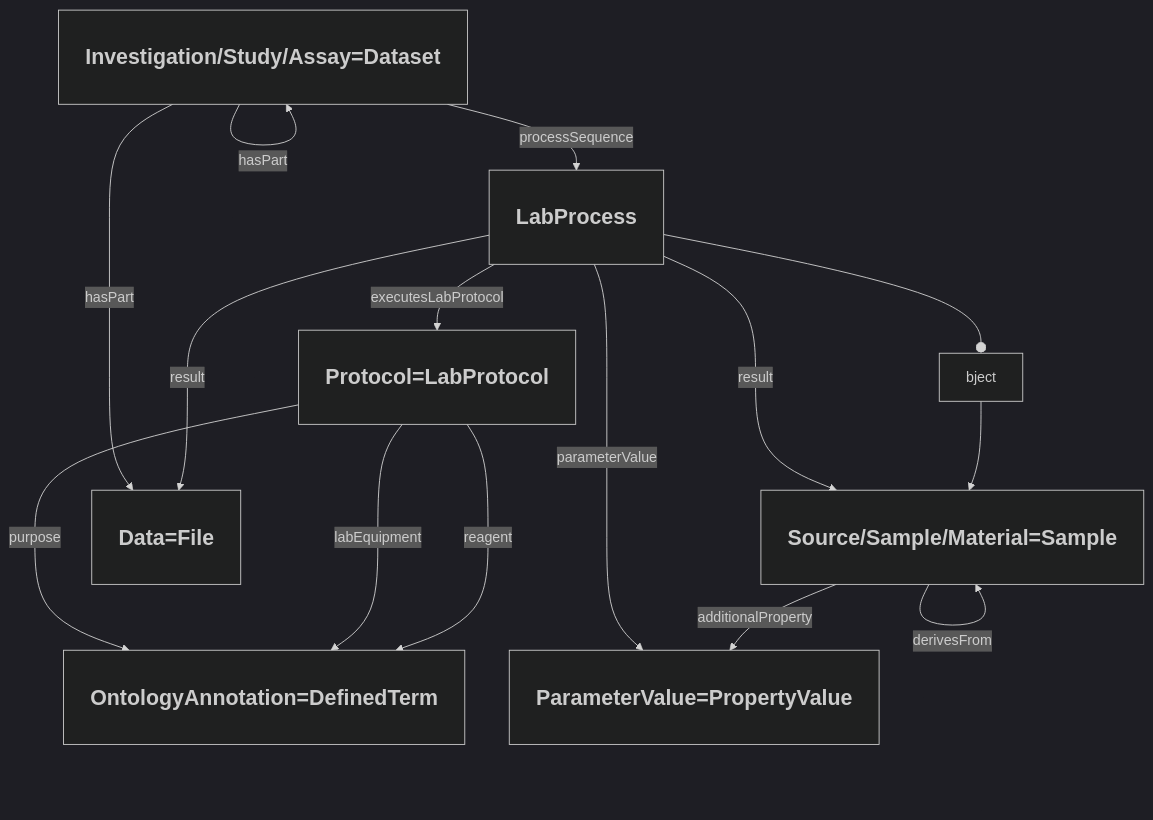
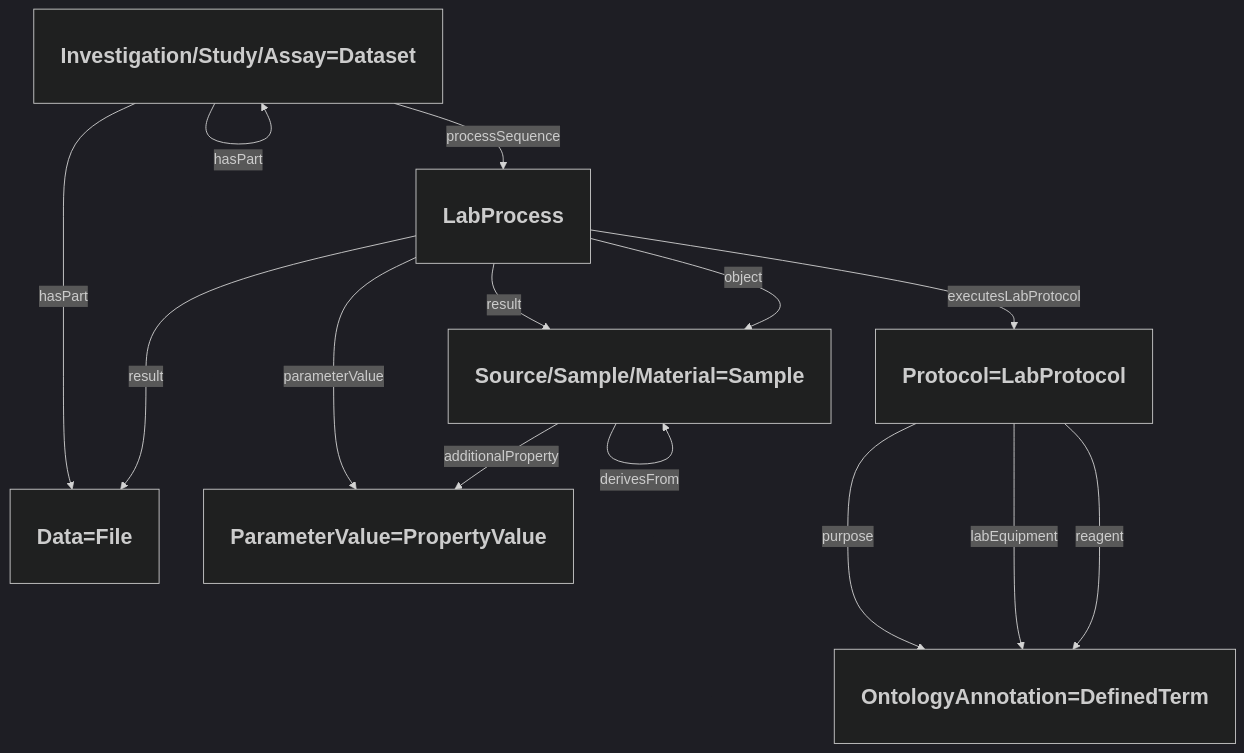
Before and after one commit to nfdi4plants/isa-ro-crate-profile: the diagram in profile/0.1/isa_ro_crate.md, drawn with Mermaid (dark theme).

Commit message:
fix object arrow

````diff
--- a/profile/0.1/isa_ro_crate.md
+++ b/profile/0.1/isa_ro_crate.md
@@ -35,35 +35,35 @@
 ```mermaid
 flowchart TD
 
 dataset[<h2>Investigation/Study/Assay=Dataset</h2>]
 
 Process[<h2>LabProcess</h2>]
 
 Protocol[<h2>Protocol=LabProtocol</h2>]
 
 BioSample[<h2>Source/Sample/Material=Sample</h2>]
 
 DataFile[<h2>Data=File</h2>]
 
 ont[<h2>OntologyAnnotation=DefinedTerm</h2>]
 
 prop[<h2>ParameterValue=PropertyValue</h2>]
 
 dataset --hasPart--> dataset
 dataset --hasPart----> DataFile
 dataset --processSequence--> Process
 
 Process --"result"---> DataFile
 Process --"result"--> BioSample
-Process --object--> BioSample
+Process --"object"--> BioSample
 Process --executesLabProtocol--> Protocol
 Process --parameterValue---> prop
 
 BioSample --derivesFrom--> BioSample
 BioSample --additionalProperty--> prop
 
 Protocol --purpose---> ont
 Protocol --labEquipment---> ont
 Protocol --reagent---> ont
 
 ```
````
